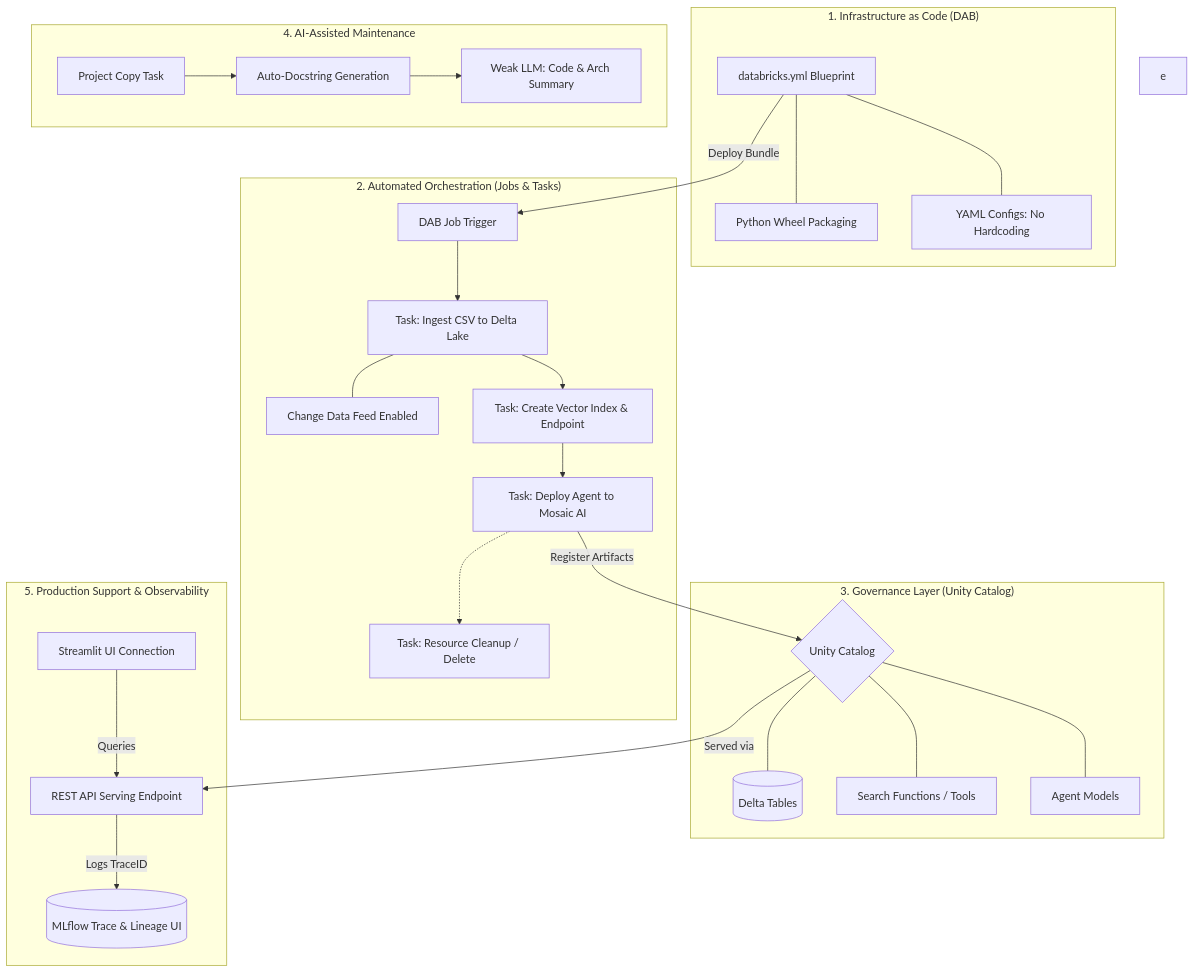
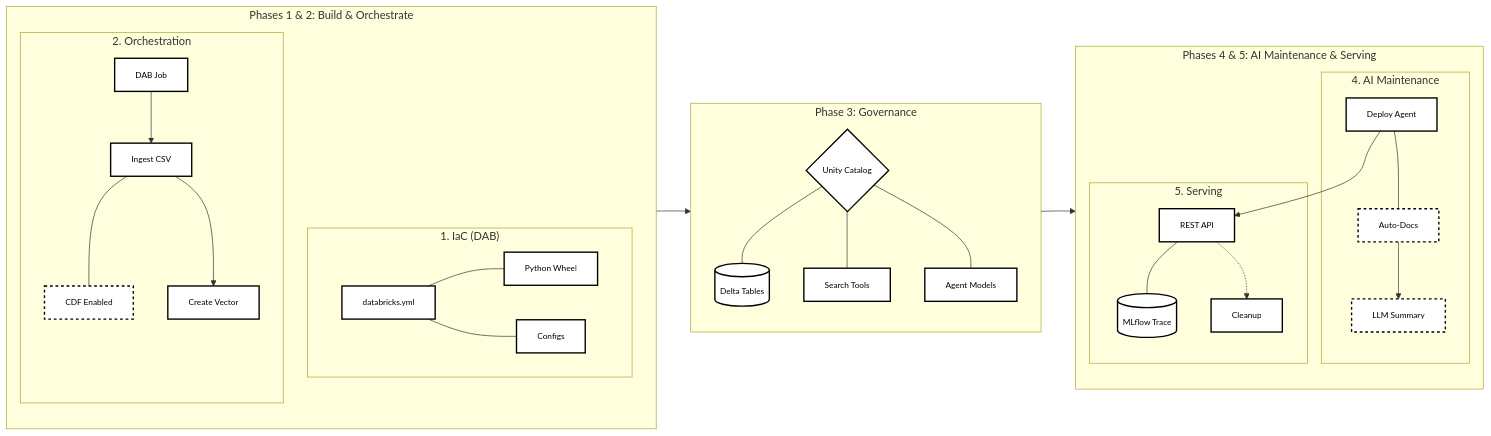
The third of 3 diagrams in README.md (aloysiusdjosephaws-cmyk/genai-demos), drawn with Mermaid before and after one commit. The commit also changed other lines of this file, not shown here.

````diff
--- a/README.md
+++ b/README.md
@@ -228,62 +242,47 @@
 ```mermaid
-graph TD
-    subgraph "1. Infrastructure as Code (DAB)"
-        DAB[databricks.yml Blueprint]
-        WHEEL[Python Wheel Packaging]
-        CONFIG[YAML Configs: No Hardcoding]
-        
-        DAB --- WHEEL
-        DAB --- CONFIG
+graph LR
+    %% Global Styles
+    classDef default fill:#fff,stroke:#000,stroke-width:2px,color:#000,font-size:12px;
+    classDef secondary stroke-dasharray: 4 4;
+
+    subgraph R1 [Phases 1 & 2: Build & Orchestrate]
+        direction TB
+        subgraph "1. IaC (DAB)"
+            DAB[databricks.yml] --- WHEEL[Python Wheel]
+            DAB --- VARS[Configs]
+        end
+        subgraph "2. Orchestration"
+            JOB[DAB Job] --> TASK1[Ingest CSV]
+            TASK1 --- CDF[CDF Enabled]
+            TASK1 --> TASK2[Create Vector]
+        end
     end
 
-    subgraph "2. Automated Orchestration (Jobs & Tasks)"
-        JOB[DAB Job Trigger]
-        TASK1[Task: Ingest CSV to Delta Lake]
-        CDF[Change Data Feed Enabled]
-        TASK2[Task: Create Vector Index & Endpoint]
-        TASK3[Task: Deploy Agent to Mosaic AI]
-        DELETE[Task: Resource Cleanup / Delete]
-
-        JOB --> TASK1
-        TASK1 --- CDF
-        TASK1 --> TASK2
-        TASK2 --> TASK3
-        TASK3 -.-> DELETE
+    subgraph R2 [Phase 3: Governance]
+        direction TB
+        UC{Unity Catalog} --- TABLES[(Delta Tables)]
+        UC --- FUNCS[Search Tools]
+        UC --- MODELS[Agent Models]
+        TASK2 --> UC
     end
 
-    subgraph "3. Governance Layer (Unity Catalog)"
-        UC{Unity Catalog}
-        TABLES[(Delta Tables)]
-        FUNCS[Search Functions / Tools]
-        MODELS[Agent Models]
-        
-        UC --- TABLES
-        UC --- FUNCS
-        UC --- MODELS
+    subgraph R3 [Phases 4 & 5: AI Maintenance & Serving]
+        direction TB
+        subgraph "4. AI Maintenance"
+            MODELS --> TASK3[Deploy Agent]
+            TASK3 --- DOCS[Auto-Docs]
+            DOCS --> SUMM[LLM Summary]
+        end
+        subgraph "5. Serving"
+            TASK3 --> REST[REST API]
+            REST --- MLF[(MLflow Trace)]
+            REST -.-> DEL[Cleanup]
+        end
     end
 
-    subgraph "4. AI-Assisted Maintenance"
-        COPY[Project Copy Task]
-        DOCS[Auto-Docstring Generation]
-        SUMMARY[Weak LLM: Code & Arch Summary]
-        
-        COPY --> DOCS
-        DOCS --> SUMMARY
-    end
+    %% Visual spacing
+    R1 ~~~ R2 ~~~ R3
 
-    subgraph "5. Production Support & Observability"
-        REST[REST API Serving Endpoint]
-        MLFLOW[(MLflow Trace & Lineage UI)]
-        STREAM[Streamlit UI Connection]
-    end
-
-    %% Connection Flows
-    DAB -->|Deploy Bundle| JOB
-    TASK3 -->|Register Artifacts| UC
-    UC -->|Served via| REST
-    REST -->|Logs TraceID| MLFLOW
-    STREAM -->|Queries| REST
-e
-
+    class CDF,DOCS,SUMM secondary;
 
 ```
````
